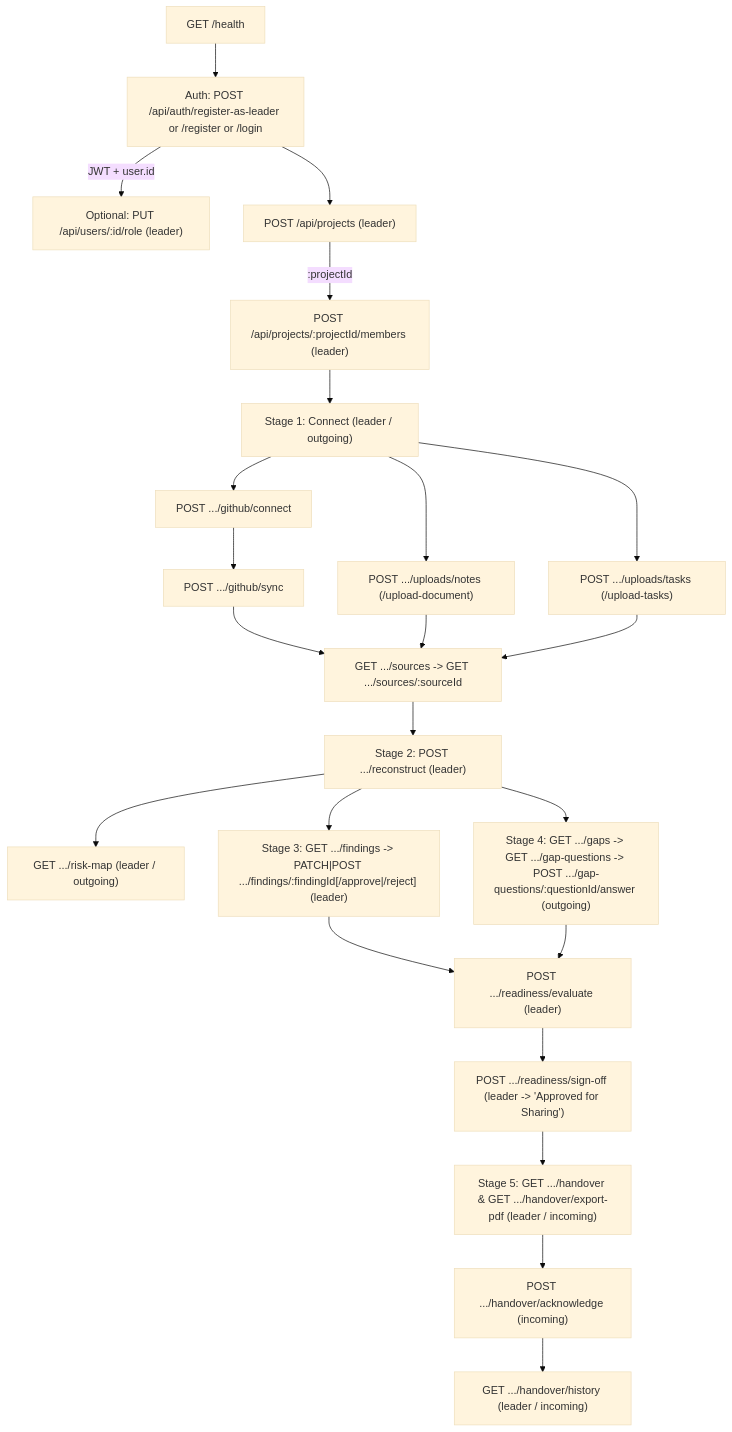
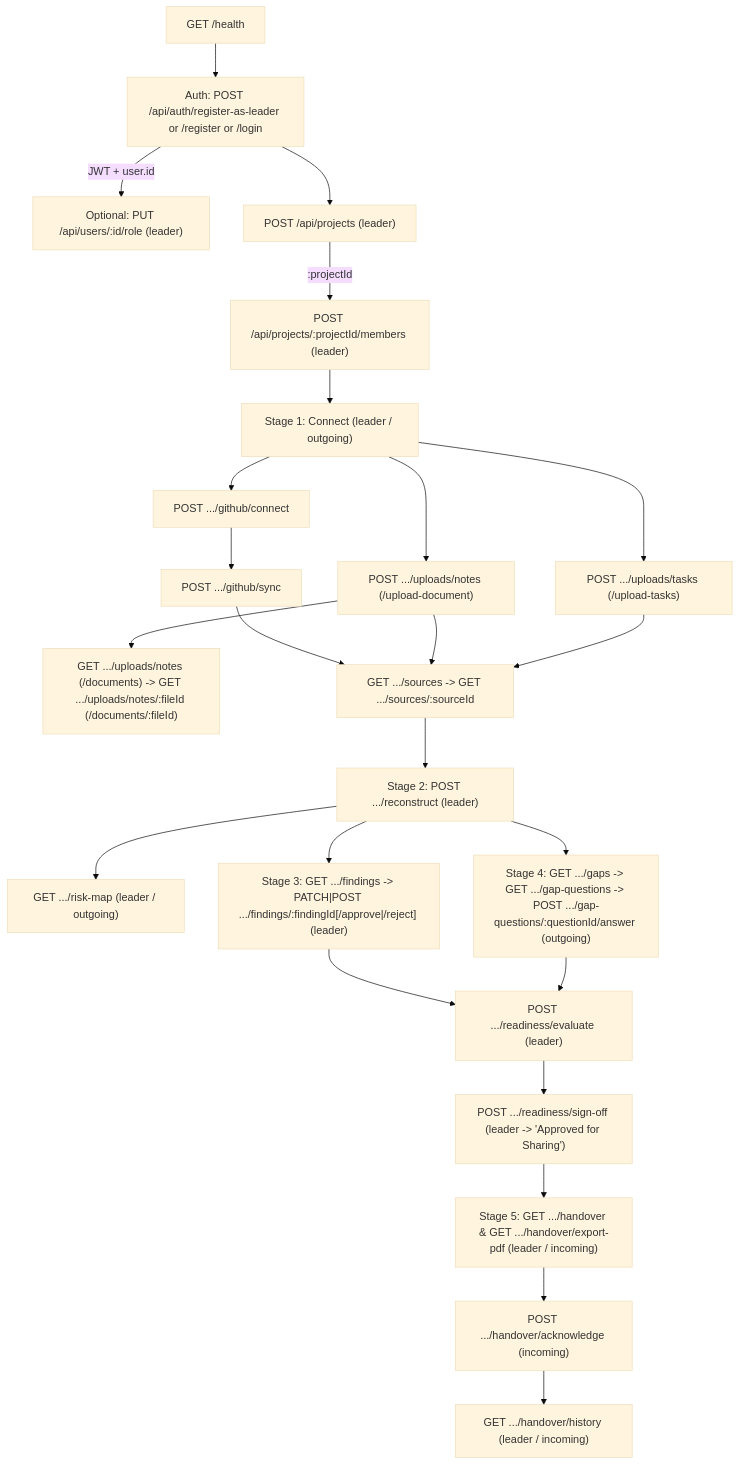
Before and after one commit to ayushdotio/project-sanchaya: the diagram in docs/workflows/backend-usage-workflow.md, drawn with Mermaid (base theme). The commit also changed other lines of this file and 1 other file, not shown here.

````diff
--- a/docs/workflows/backend-usage-workflow.md
+++ b/docs/workflows/backend-usage-workflow.md
@@ -10,25 +10,26 @@
 ```mermaid
 flowchart TD
     Health["GET /health"] --> Auth["Auth: POST /api/auth/register-as-leader or /register or /login"]
     Auth -->|"JWT + user.id"| Role["Optional: PUT /api/users/:id/role (leader)"]
     Auth --> CreateProj["POST /api/projects (leader)"]
     CreateProj -->|":projectId"| Members["POST /api/projects/:projectId/members (leader)"]
 
     Members --> Stage1["Stage 1: Connect (leader / outgoing)"]
     Stage1 --> GHConnect["POST .../github/connect"] --> GHSync["POST .../github/sync"]
     Stage1 --> UploadNotes["POST .../uploads/notes (/upload-document)"]
     Stage1 --> UploadTasks["POST .../uploads/tasks (/upload-tasks)"]
+    UploadNotes --> Docs["GET .../uploads/notes (/documents) -> GET .../uploads/notes/:fileId (/documents/:fileId)"]
     GHSync & UploadNotes & UploadTasks --> Sources["GET .../sources -> GET .../sources/:sourceId"]
 
     Sources --> Reconstruct["Stage 2: POST .../reconstruct (leader)"]
     Reconstruct --> RiskMap["GET .../risk-map (leader / outgoing)"]
     Reconstruct --> Findings["Stage 3: GET .../findings -> PATCH|POST .../findings/:findingId[/approve|/reject] (leader)"]
     Reconstruct --> Gaps["Stage 4: GET .../gaps -> GET .../gap-questions -> POST .../gap-questions/:questionId/answer (outgoing)"]
 
     Findings & Gaps --> Eval["POST .../readiness/evaluate (leader)"]
     Eval --> SignOff["POST .../readiness/sign-off (leader -> 'Approved for Sharing')"]
 
     SignOff --> Handover["Stage 5: GET .../handover & GET .../handover/export-pdf (leader / incoming)"]
     Handover --> Ack["POST .../handover/acknowledge (incoming)"]
     Ack --> History["GET .../handover/history (leader / incoming)"]
 ```
````
